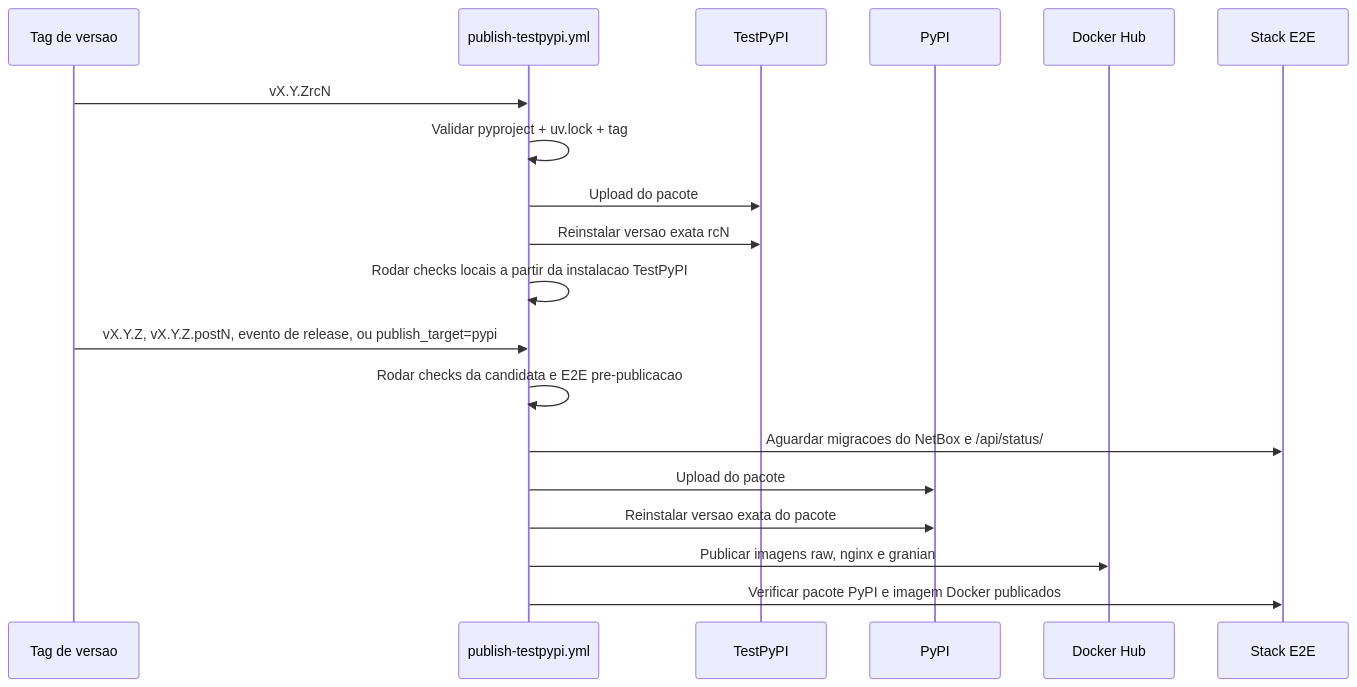
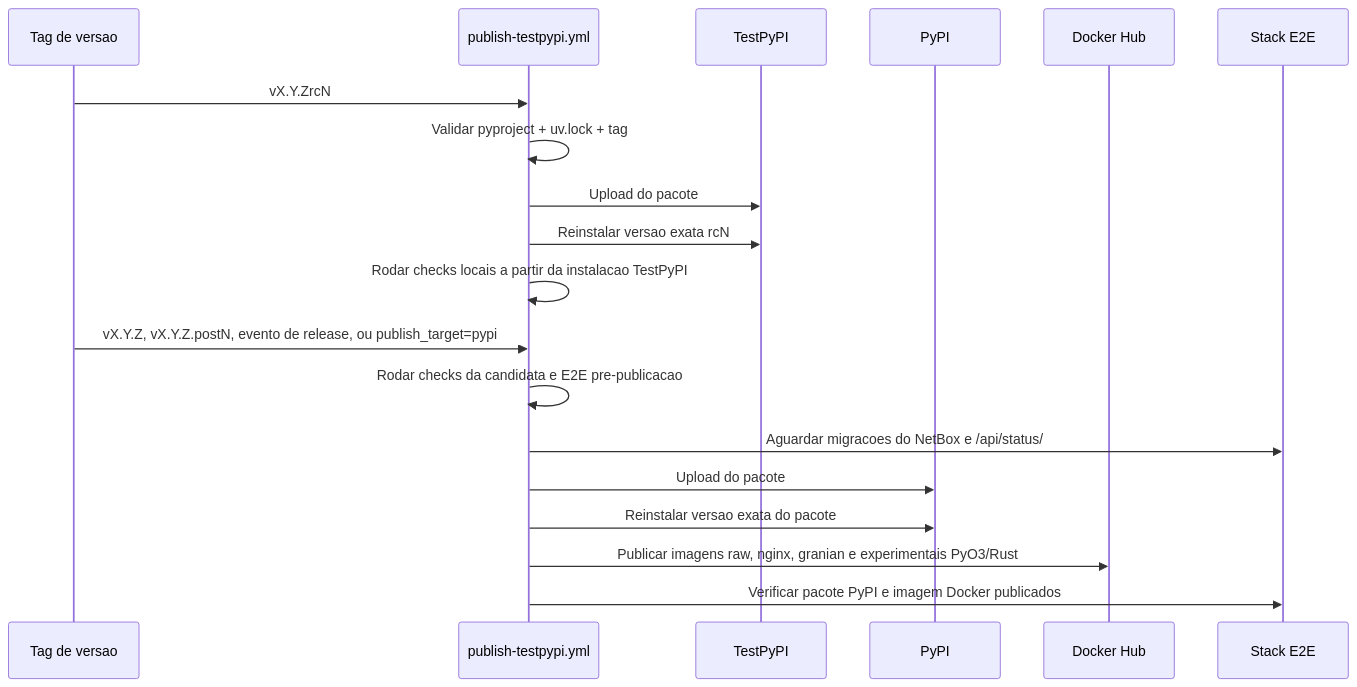
Before and after one commit to emersonfelipesp/proxbox-api: the second of 2 diagrams in docs/pt-BR/development/release-publishing.md, drawn with Mermaid. The commit also changed other lines of this file and 11 other files, not shown here.

````diff
--- a/docs/pt-BR/development/release-publishing.md
+++ b/docs/pt-BR/development/release-publishing.md
@@ -43,23 +43,23 @@
 ```mermaid
 sequenceDiagram
     participant Tag as Tag de versao
     participant WF as publish-testpypi.yml
     participant TP as TestPyPI
     participant PY as PyPI
     participant DH as Docker Hub
     participant E2E as Stack E2E
 
     Tag->>WF: vX.Y.ZrcN
     WF->>WF: Validar pyproject + uv.lock + tag
     WF->>TP: Upload do pacote
     WF->>TP: Reinstalar versao exata rcN
     WF->>WF: Rodar checks locais a partir da instalacao TestPyPI
 
     Tag->>WF: vX.Y.Z, vX.Y.Z.postN, evento de release, ou publish_target=pypi
     WF->>WF: Rodar checks da candidata e E2E pre-publicacao
     WF->>E2E: Aguardar migracoes do NetBox e /api/status/
     WF->>PY: Upload do pacote
     WF->>PY: Reinstalar versao exata do pacote
-    WF->>DH: Publicar imagens raw, nginx e granian
+    WF->>DH: Publicar imagens raw, nginx, granian e experimentais PyO3/Rust
     WF->>E2E: Verificar pacote PyPI e imagem Docker publicados
 ```
````
